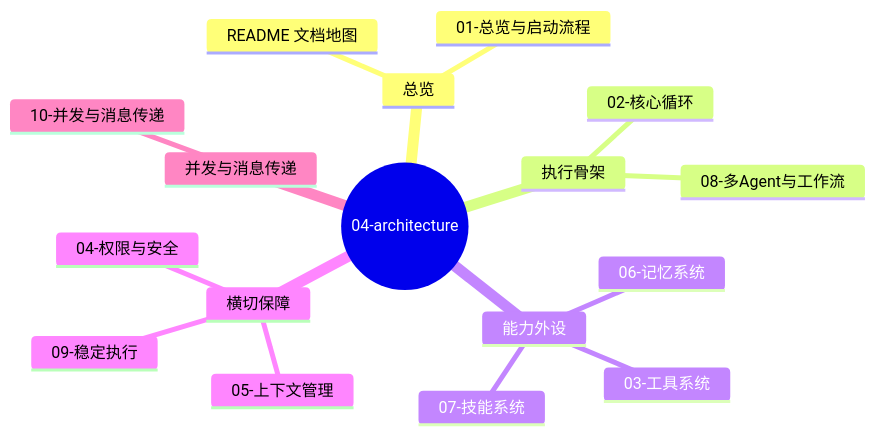
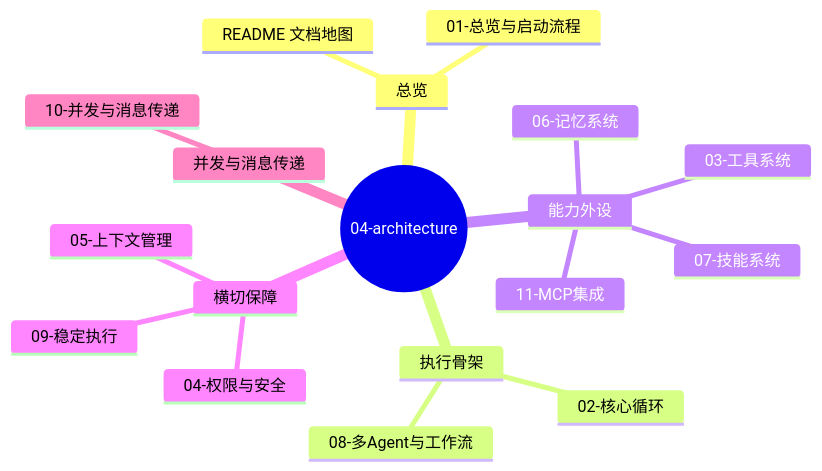
The diagram in docs/04-architecture/README.md (XiaoRedAh/coding-agent), drawn with Mermaid before and after one commit. The commit also changed other lines of this file and 5 other files, not shown here.

````diff
--- a/docs/04-architecture/README.md
+++ b/docs/04-architecture/README.md
@@ -9,20 +9,21 @@
 ```mermaid
 mindmap
   root((04-architecture))
     总览
       README 文档地图
       01-总览与启动流程
     执行骨架
       02-核心循环
       08-多Agent与工作流
     能力外设
       03-工具系统
       06-记忆系统
       07-技能系统
+      11-MCP集成
     横切保障
       04-权限与安全
       05-上下文管理
       09-稳定执行
     并发与消息传递
       10-并发与消息传递
 ```
````
